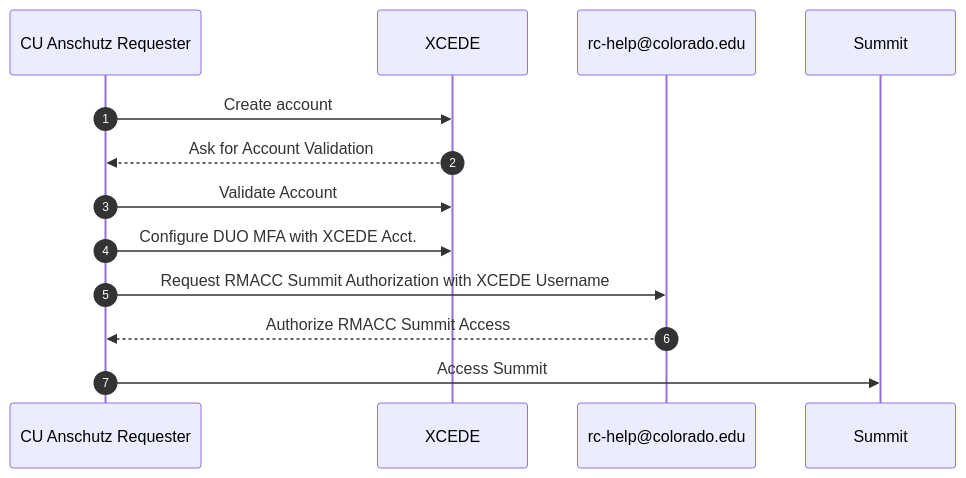
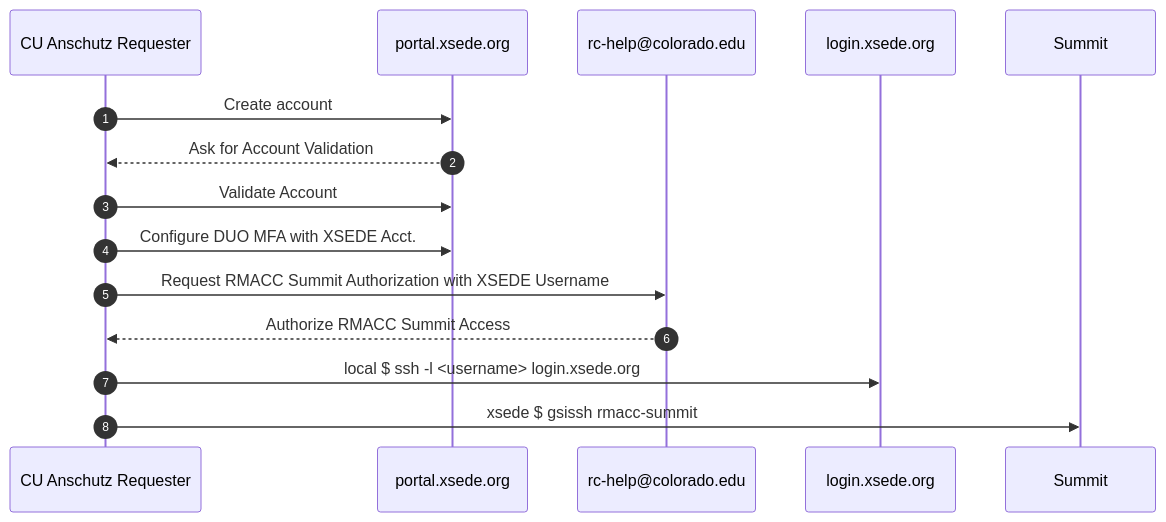
The diagram in vault/resources.compute.cu-boulder-summit.md (CU-DBMI/set-notegraph), drawn with Mermaid before and after one commit. The commit also changed other lines of this file, not shown here.

Commit message:
correction for xsede; more complete sequence

````diff
--- a/vault/resources.compute.cu-boulder-summit.md
+++ b/vault/resources.compute.cu-boulder-summit.md
@@ -22,11 +22,12 @@
 ```mermaid
 sequenceDiagram
     autonumber
-    CU Anschutz Requester ->> XCEDE: Create account
-    XCEDE-->>CU Anschutz Requester: Ask for Account Validation
-    CU Anschutz Requester ->> XCEDE: Validate Account
-    CU Anschutz Requester ->> XCEDE: Configure DUO MFA with XCEDE Acct.
-    CU Anschutz Requester ->> rc-help@colorado.edu: Request RMACC Summit Authorization with XCEDE Username
+    CU Anschutz Requester ->> portal.xsede.org: Create account
+    portal.xsede.org-->>CU Anschutz Requester: Ask for Account Validation
+    CU Anschutz Requester ->> portal.xsede.org: Validate Account
+    CU Anschutz Requester ->> portal.xsede.org: Configure DUO MFA with XSEDE Acct.
+    CU Anschutz Requester ->> rc-help@colorado.edu: Request RMACC Summit Authorization with XSEDE Username
     rc-help@colorado.edu -->> CU Anschutz Requester: Authorize RMACC Summit Access
-    CU Anschutz Requester ->> Summit: Access Summit
+    CU Anschutz Requester ->> login.xsede.org: local $ ssh -l <username> login.xsede.org
+    CU Anschutz Requester ->> Summit: xsede $ gsissh rmacc-summit
 ```
````
